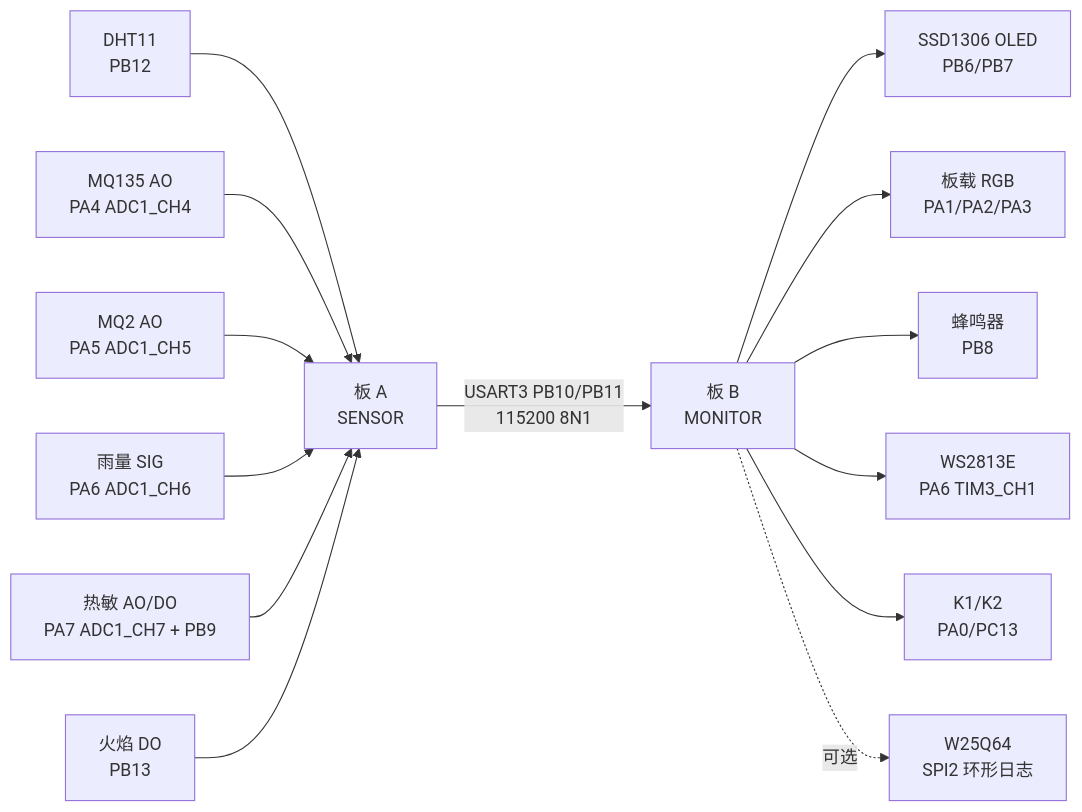
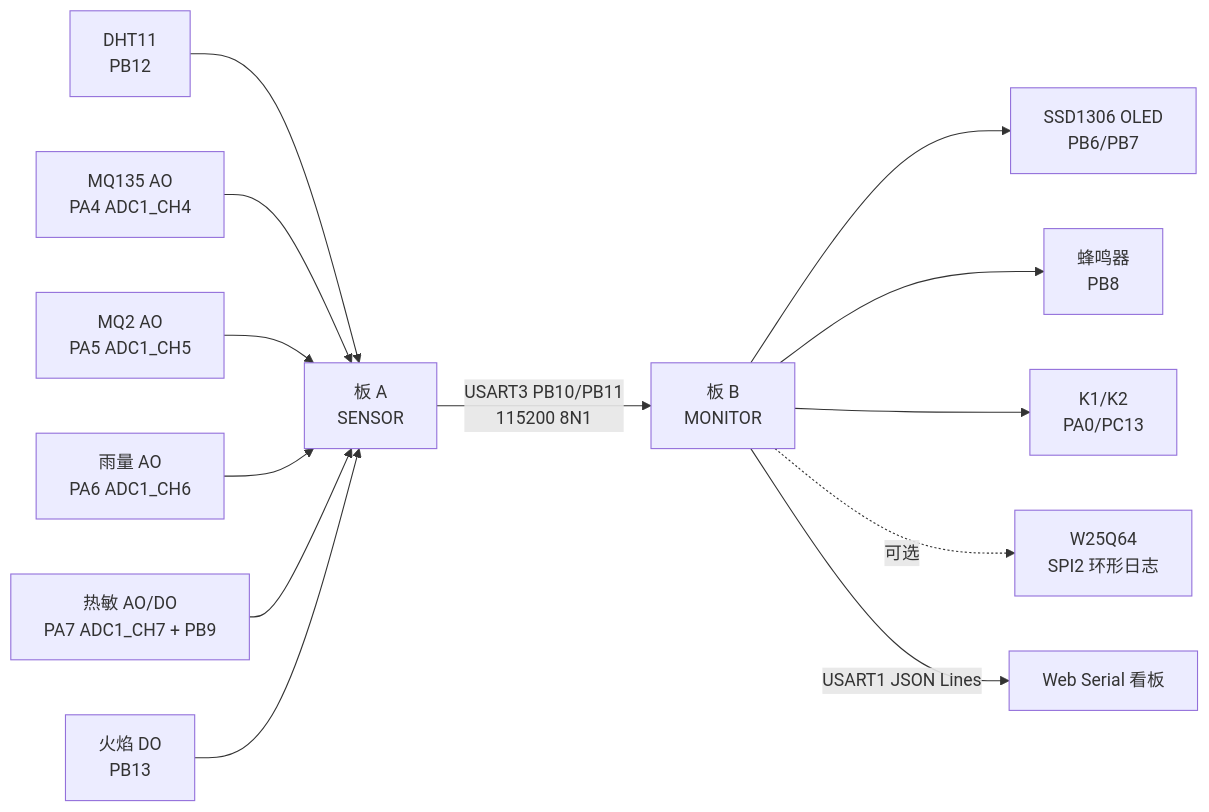
The diagram in README.zh-CN.md (Cusnd/dual-stm32-safety-monitor), drawn with Mermaid before and after one commit. The commit also changed other lines of this file and 63 other files, not shown here.

Commit message:
Update backend architecture docs and firmware modules

````diff
--- a/README.zh-CN.md
+++ b/README.zh-CN.md
@@ -22,16 +22,15 @@
 ```mermaid
 flowchart LR
   DHT11[DHT11<br/>PB12] --> A[板 A<br/>SENSOR]
   MQ135[MQ135 AO<br/>PA4 ADC1_CH4] --> A
   MQ2[MQ2 AO<br/>PA5 ADC1_CH5] --> A
-  Rain[雨量 SIG<br/>PA6 ADC1_CH6] --> A
+  Rain[雨量 AO<br/>PA6 ADC1_CH6] --> A
   Therm[热敏 AO/DO<br/>PA7 ADC1_CH7 + PB9] --> A
   Flame[火焰 DO<br/>PB13] --> A
   A -- USART3 PB10/PB11<br/>115200 8N1 --> B[板 B<br/>MONITOR]
   B --> OLED[SSD1306 OLED<br/>PB6/PB7]
-  B --> RGB[板载 RGB<br/>PA1/PA2/PA3]
   B --> Buzz[蜂鸣器<br/>PB8]
-  B --> ExtRGB[WS2813E<br/>PA6 TIM3_CH1]
   B --> Keys[K1/K2<br/>PA0/PC13]
   B -. 可选 .-> Flash[W25Q64<br/>SPI2 环形日志]
+  B -- USART1 JSON Lines --> Web[Web Serial 看板]
 ```
````
